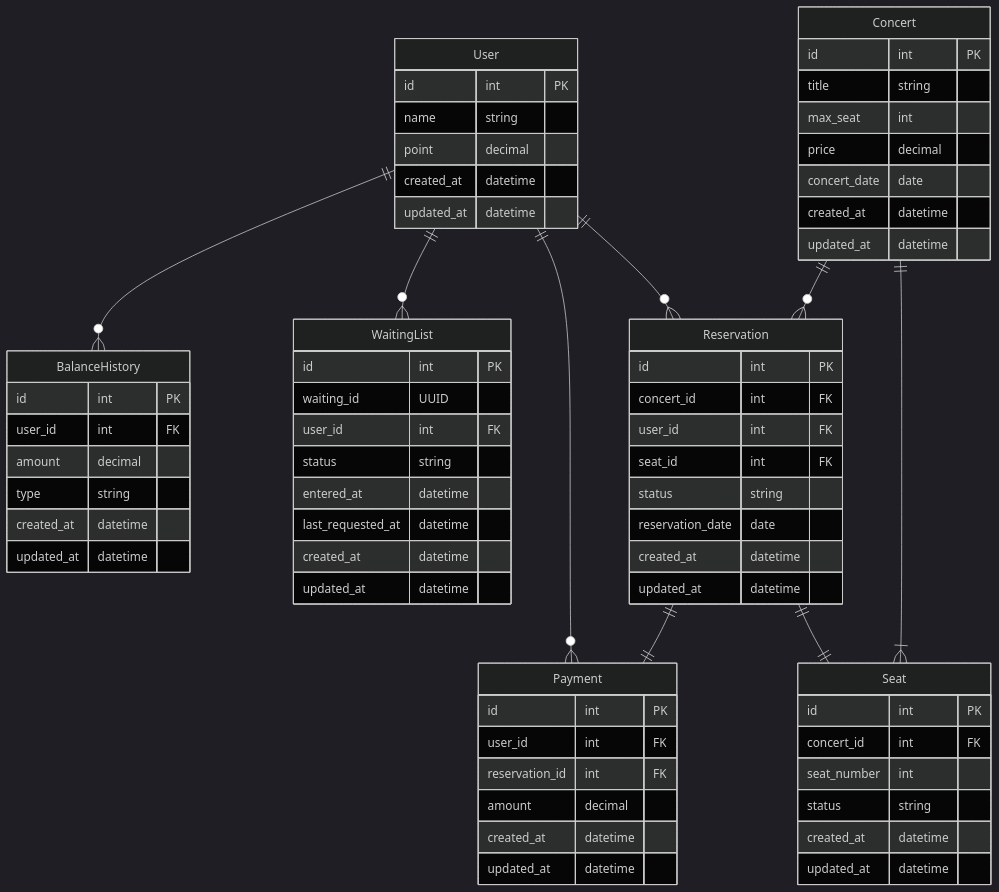
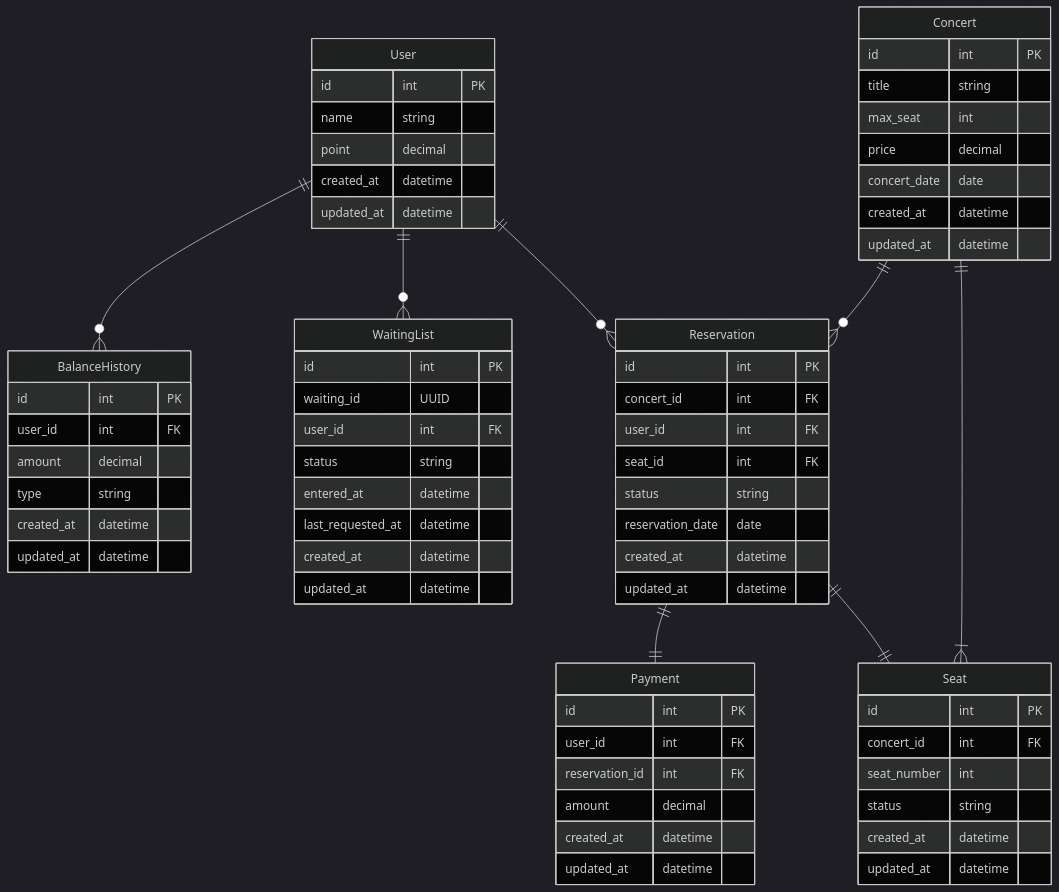
The diagram in docs/03.ERD.md (jhwon91/concert-reservation-system), drawn with Mermaid (dark theme) before and after one commit.

Commit message:
docs: ERD 관계 수정

````diff
--- a/docs/03.ERD.md
+++ b/docs/03.ERD.md
@@ -1,81 +1,80 @@
 ```mermaid
 erDiagram
     User {
         id int PK
         name string
         point decimal 
         created_at datetime
         updated_at datetime 
     }
 
     BalanceHistory {
         id int PK
         user_id int FK
         amount decimal
         type string
         created_at datetime
         updated_at datetime
     }
 
     WaitingList {
         id int PK
         waiting_id UUID
         user_id int FK
         status string
         entered_at datetime
         last_requested_at datetime
         created_at datetime
         updated_at datetime
     }
 
     Concert {
         id int PK
         title string
         max_seat int
         price decimal
         concert_date date
         created_at datetime
         updated_at datetime
     }
 
     Reservation {
         id int PK
         concert_id int FK
         user_id int FK
         seat_id int FK
         status string
         reservation_date date
         created_at datetime
         updated_at datetime
     }
 
     Seat {
         id int PK
         concert_id int FK
         seat_number int
         status string
         created_at datetime
         updated_at datetime
     }
 
     Payment {
         id int PK
         user_id int FK
         reservation_id int FK
         amount decimal
         created_at datetime
         updated_at datetime
     }
 
 
     User ||--o{ BalanceHistory : ""
     User ||--o{ WaitingList : ""
-    User ||--o{ Payment : ""
     User ||--o{ Reservation : ""
 
     Reservation ||--|| Payment : ""
     Concert ||--o{ Reservation : ""
     Concert ||--|{ Seat : ""
     Reservation ||--|| Seat : ""
 
 ```
````
